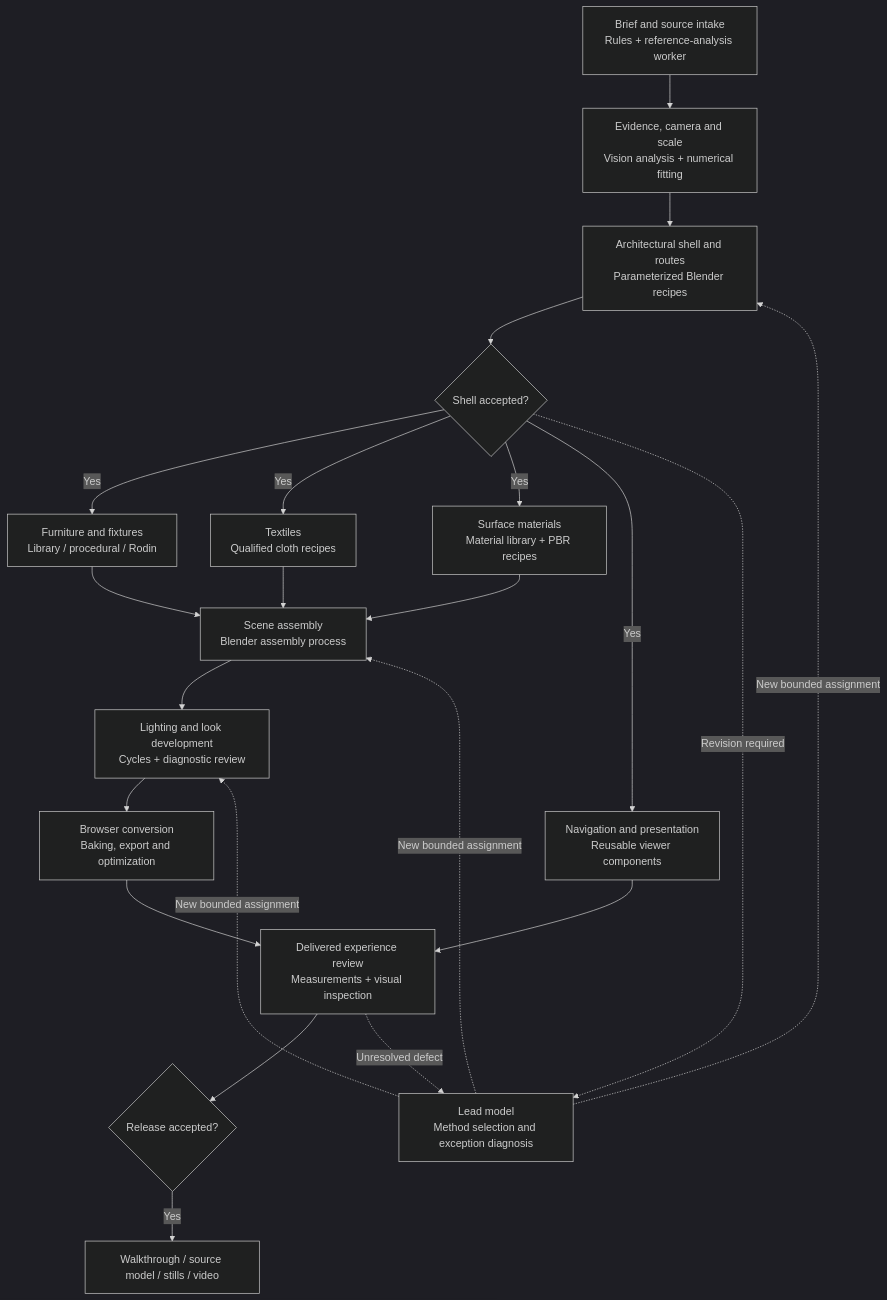
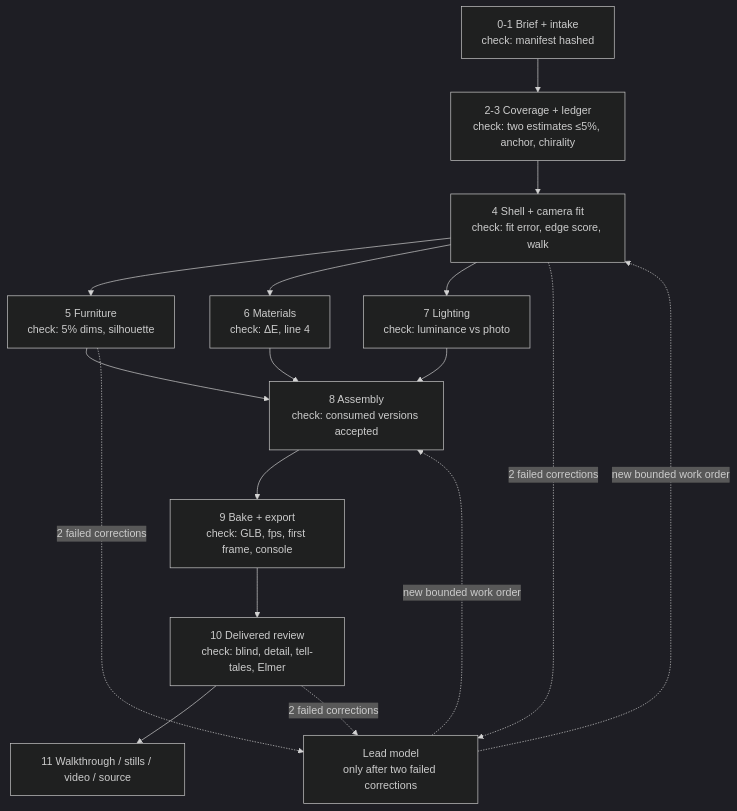
Before and after one commit to efesantos/3d-factory: the diagram in PLAN.md, drawn with Mermaid (dark theme). The commit also changed other lines of this file, not shown here.

First line of the commit message:
Rewrite plan around the bedroom-A line: pass bar, stage checks, roles, evaluator

````diff
--- a/PLAN.md
+++ b/PLAN.md
@@ -13,40 +58,25 @@
 ```mermaid
 flowchart TD
-    A["Brief and source intake<br/>Rules + reference-analysis worker"]
-    B["Evidence, camera and scale<br/>Vision analysis + numerical fitting"]
-    C["Architectural shell and routes<br/>Parameterized Blender recipes"]
-    D{"Shell accepted?"}
+    A["0-1 Brief + intake<br/>check: manifest hashed"]
+    B["2-3 Coverage + ledger<br/>check: two estimates ≤5%, anchor, chirality"]
+    C["4 Shell + camera fit<br/>check: fit error, edge score, walk"]
+    E["5 Furniture<br/>check: 5% dims, silhouette"]
+    F["6 Materials<br/>check: ΔE, line 4"]
+    G["7 Lighting<br/>check: luminance vs photo"]
+    I["8 Assembly<br/>check: consumed versions accepted"]
+    K["9 Bake + export<br/>check: GLB, fps, first frame, console"]
+    L["10 Delivered review<br/>check: blind, detail, tell-tales, Elmer"]
+    N["11 Walkthrough / stills / video / source"]
+    O["Lead model<br/>only after two failed corrections"]
 
-    E["Furniture and fixtures<br/>Library / procedural / Rodin"]
-    F["Textiles<br/>Qualified cloth recipes"]
-    G["Surface materials<br/>Material library + PBR recipes"]
-    H["Navigation and presentation<br/>Reusable viewer components"]
-
-    I["Scene assembly<br/>Blender assembly process"]
-    J["Lighting and look development<br/>Cycles + diagnostic review"]
-    K["Browser conversion<br/>Baking, export and optimization"]
-    L["Delivered experience review<br/>Measurements + visual inspection"]
-    M{"Release accepted?"}
-    N["Walkthrough / source model / stills / video"]
-
-    O["Lead model<br/>Method selection and exception diagnosis"]
-
-    A --> B --> C --> D
-    D -->|Yes| E
-    D -->|Yes| F
-    D -->|Yes| G
-    D -->|Yes| H
-    E --> I
-    F --> I
-    G --> I
-    I --> J --> K
-    H --> L
-    K --> L --> M
-    M -->|Yes| N
-
-    D -.->|Revision required| O
-    L -.->|Unresolved defect| O
-    O -.->|New bounded assignment| C
-    O -.->|New bounded assignment| I
-    O -.->|New bounded assignment| J
+    A --> B --> C
+    C --> E --> I
+    C --> F --> I
+    C --> G --> I
+    I --> K --> L --> N
+    C -. "2 failed corrections" .-> O
+    E -. "2 failed corrections" .-> O
+    L -. "2 failed corrections" .-> O
+    O -. "new bounded work order" .-> C
+    O -. "new bounded work order" .-> I
 ```
````
